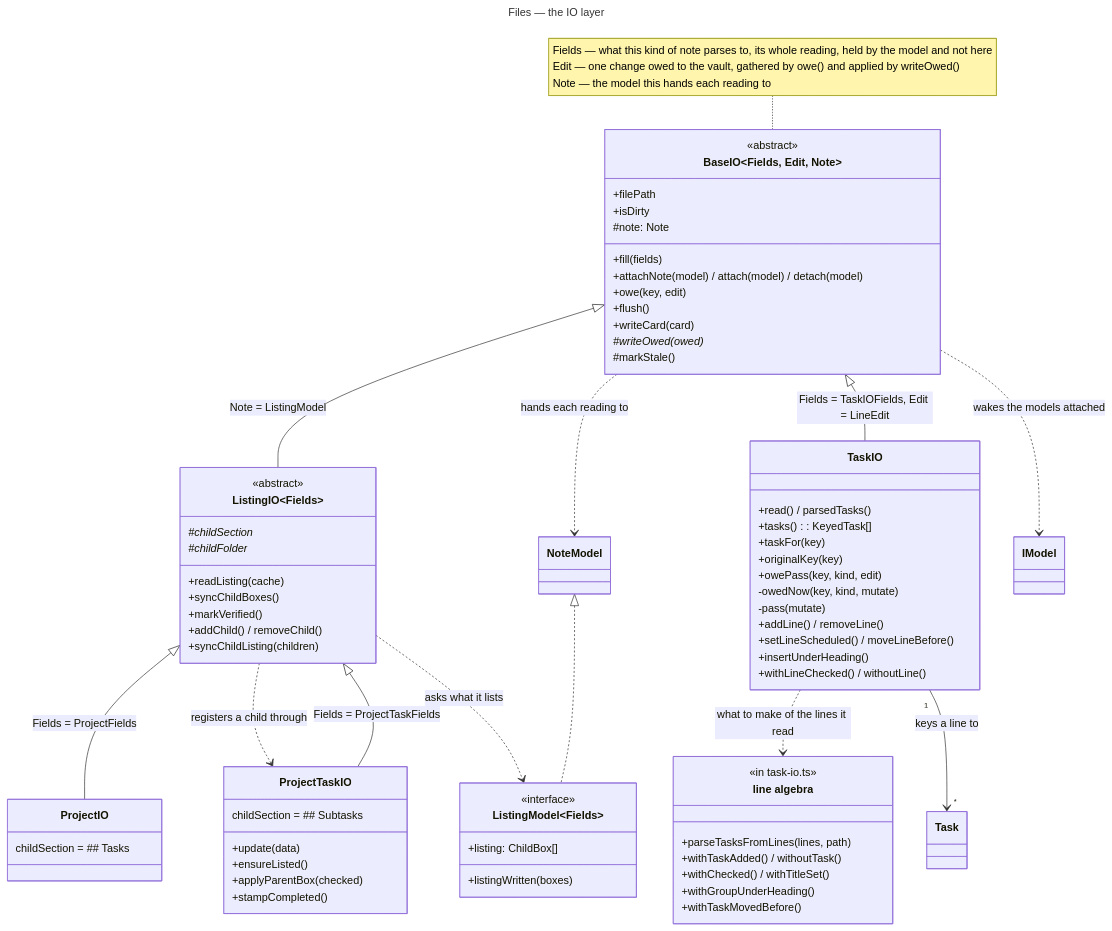
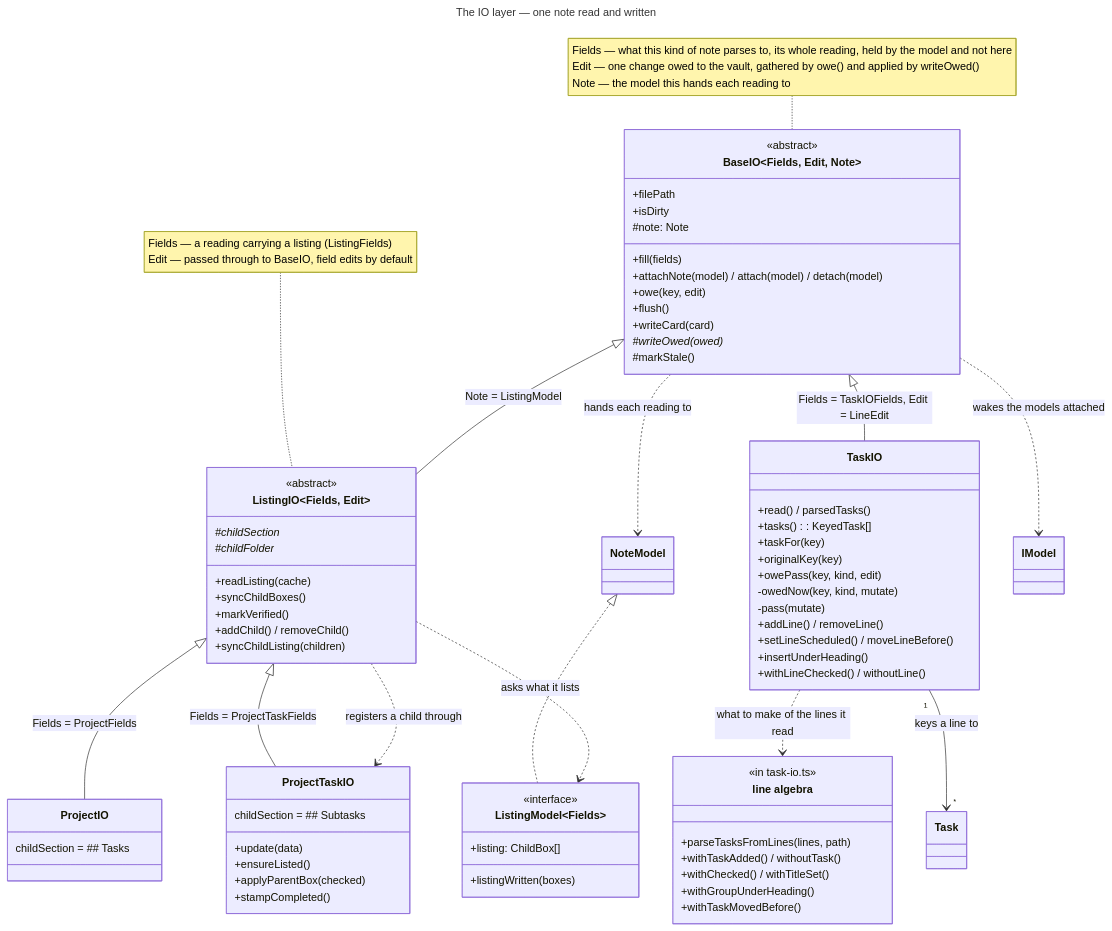
The fifth of 10 diagrams in docs/technical/data-model.md (Laurent-Ferier/pm-compass), drawn with Mermaid before and after one commit. The commit also changed other lines of this file and 104 other files, not shown here.

````diff
--- a/docs/technical/data-model.md
+++ b/docs/technical/data-model.md
@@ -404,6 +475,6 @@
 ```mermaid
 ---
-title: Files — the IO layer
+title: The IO layer — one note read and written
 ---
 classDiagram
   direction TB
@@ -428,7 +499,7 @@
     +listingWritten(boxes)
   }
 
-  class ListingIO~Fields~ {
+  class ListingIO~Fields, Edit~ {
     <<abstract>>
     +readListing(cache)
     +syncChildBoxes()
@@ -476,6 +547,8 @@
 
   note for BaseIO "Fields — what this kind of note parses to, its whole reading, held by the model and not here<br/>Edit — one change owed to the vault, gathered by owe() and applied by writeOwed()<br/>Note — the model this hands each reading to"
 
+  note for ListingIO "Fields — a reading carrying a listing (ListingFields)<br/>Edit — passed through to BaseIO, field edits by default"
+
   BaseIO <|-- ListingIO : Note = ListingModel
   BaseIO <|-- TaskIO : Fields = TaskIOFields, Edit = LineEdit
   ListingIO <|-- ProjectIO : Fields = ProjectFields
````
